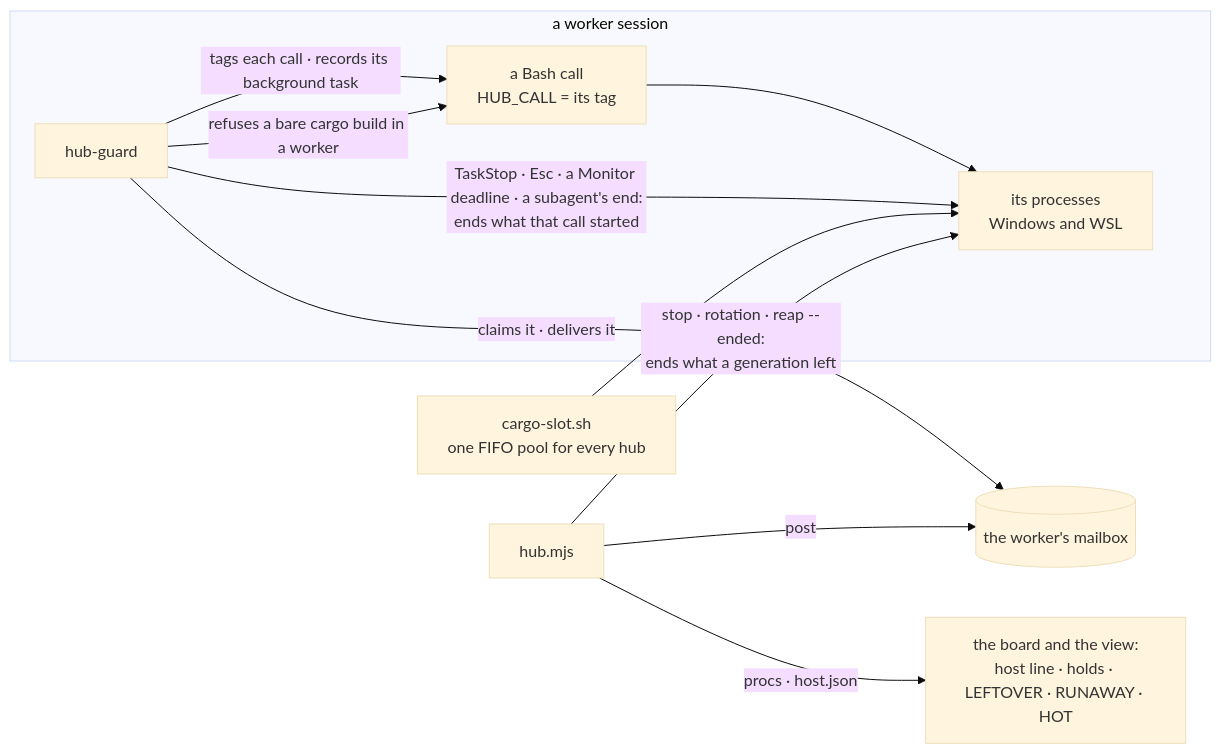
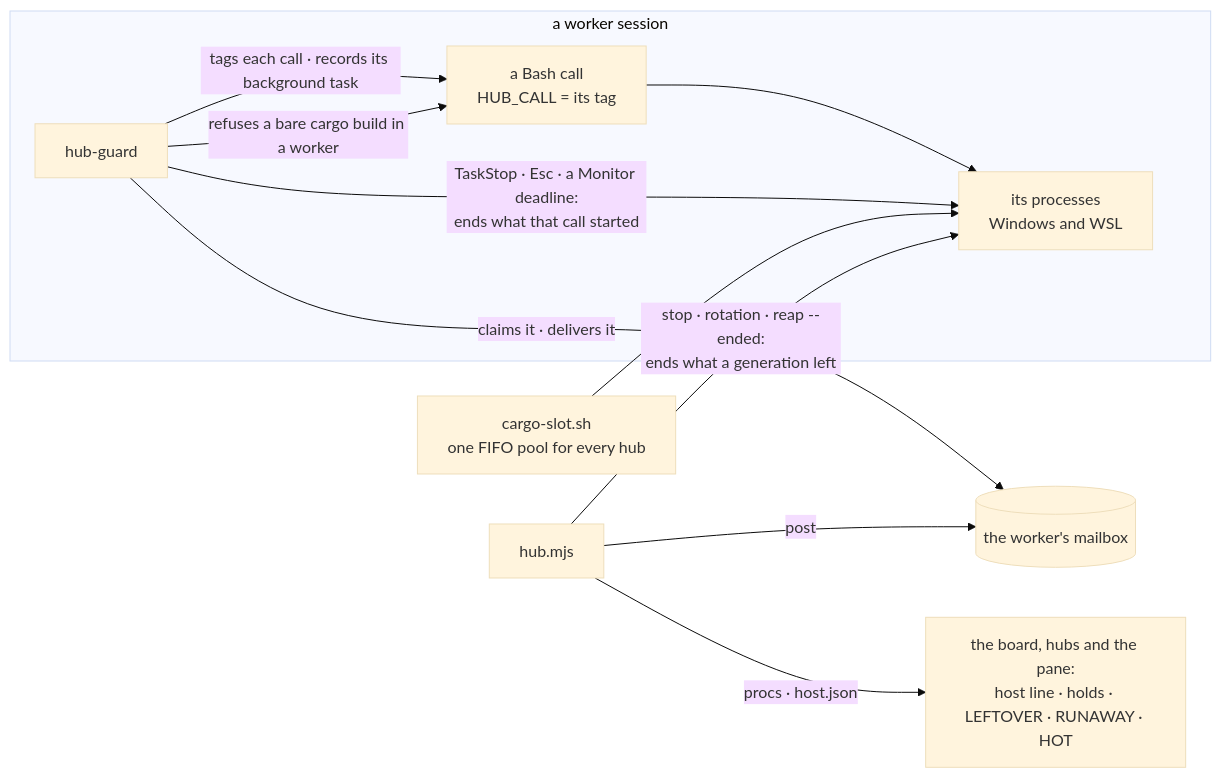
Before and after one commit to gjovanov/roomler-ai: the seventh of 8 diagrams in docs/agent-hub.md, drawn with Mermaid (base theme). The commit also changed other lines of this file and 3 other files, not shown here.

````diff
--- a/docs/agent-hub.md
+++ b/docs/agent-hub.md
@@ -552,15 +646,15 @@
 ```mermaid
 flowchart LR
     subgraph WS["a worker session"]
         B["a Bash call<br/>HUB_CALL = its tag"] --> P["its processes<br/>Windows and WSL"]
         G["hub-guard"]
     end
     G -- "tags each call · records its background task" --> B
-    G -- "TaskStop · Esc · a Monitor deadline · a subagent's end:<br/>ends what that call started" --> P
+    G -- "TaskStop · Esc · a Monitor deadline:<br/>ends what that call started" --> P
     G -- "refuses a bare cargo build in a worker" --> B
     CS["cargo-slot.sh<br/>one FIFO pool for every hub"] --> P
     HM["hub.mjs"] -- "stop · rotation · reap --ended:<br/>ends what a generation left" --> P
     HM -- "post" --> MB[("the worker's mailbox")]
     G -- "claims it · delivers it" --> MB
-    HM -- "procs · host.json" --> BOARD["the board and the view:<br/>host line · holds · LEFTOVER · RUNAWAY · HOT"]
+    HM -- "procs · host.json" --> BOARD["the board, hubs and the pane:<br/>host line · holds · LEFTOVER · RUNAWAY · HOT"]
 ```
````
